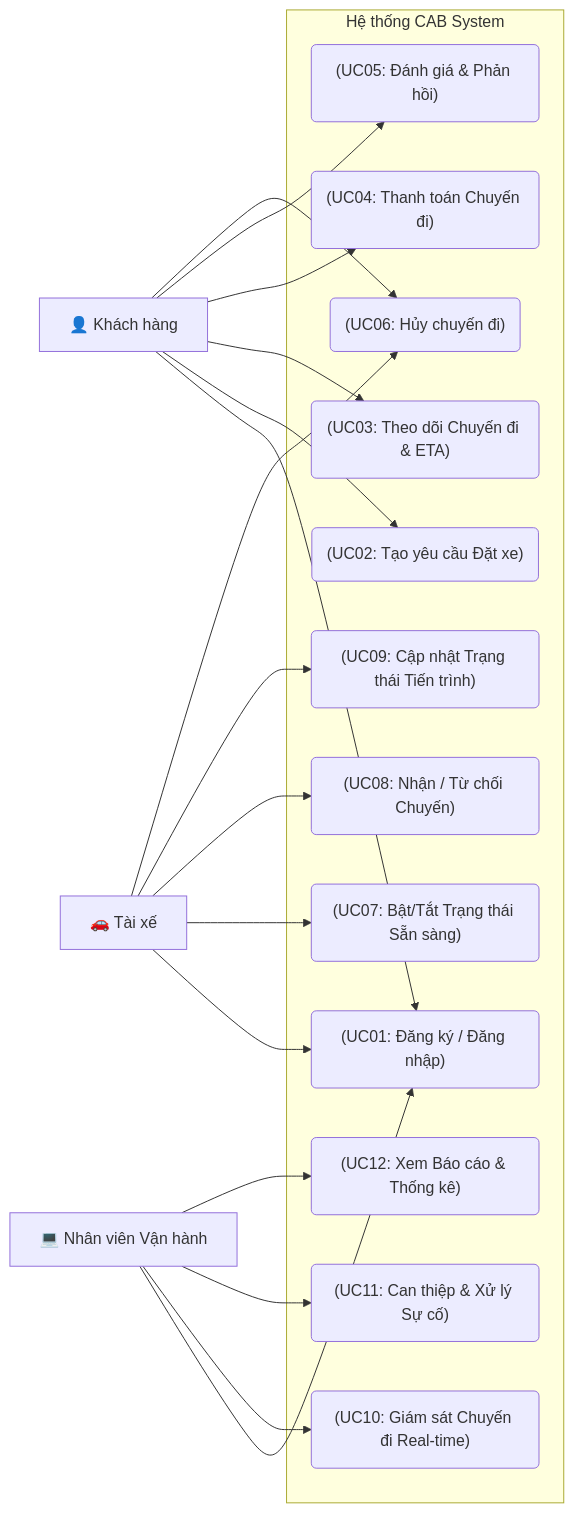
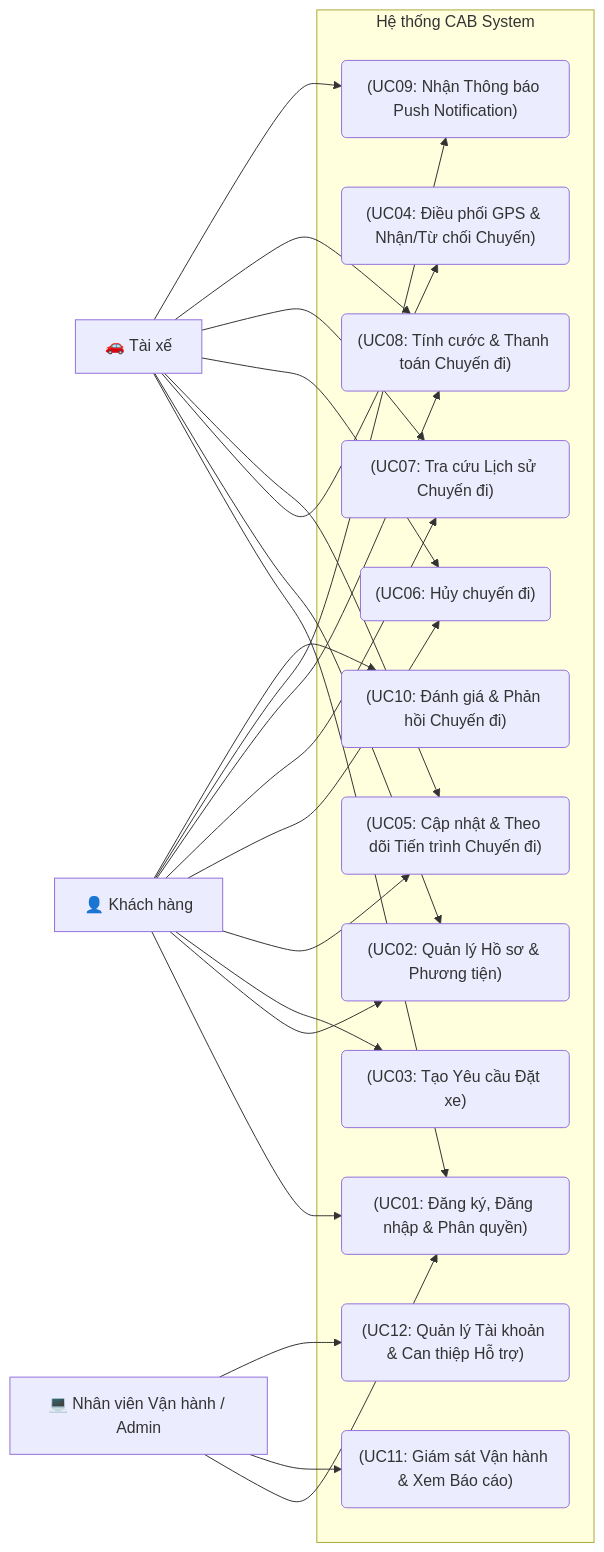
One commit to DuynDangHocBai/23720691_NguyenThiMyDUyen_CABSYSTEM changed the ninth of 9 diagrams in srs.md. Above: the diagram before and after it, drawn with Mermaid. The commit also changed other lines of this file, not shown here.

````diff
--- a/srs.md
+++ b/srs.md
@@ -406,48 +406,59 @@
 ```mermaid
 graph LR
-    %% Khai báo Actors
+    %% Actors
     KH["👤 Khách hàng"]
     TX["🚗 Tài xế"]
-    NVVH["💻 Nhân viên Vận hành"]
+    NVVH["💻 Nhân viên Vận hành / Admin"]
 
     subgraph CAB_System [Hệ thống CAB System]
-        %% Khách hàng Use Cases
-        UC01("(UC01: Đăng ký / Đăng nhập)")
-        UC02("(UC02: Tạo yêu cầu Đặt xe)")
-        UC03("(UC03: Theo dõi Chuyến đi & ETA)")
-        UC04("(UC04: Thanh toán Chuyến đi)")
-        UC05("(UC05: Đánh giá & Phản hồi)")
+        %% MOD01: Account & Auth
+        UC01("(UC01: Đăng ký, Đăng nhập & Phân quyền)")
+        UC02("(UC02: Quản lý Hồ sơ & Phương tiện)")
+
+        %% MOD02: Booking & Matching
+        UC03("(UC03: Tạo Yêu cầu Đặt xe)")
+        UC04("(UC04: Điều phối GPS & Nhận/Từ chối Chuyến)")
+
+        %% MOD03: Trip Management
+        UC05("(UC05: Cập nhật & Theo dõi Tiến trình Chuyến đi)")
         UC06("(UC06: Hủy chuyến đi)")
+        UC07("(UC07: Tra cứu Lịch sử Chuyến đi)")
 
-        %% Tài xế Use Cases
-        UC07("(UC07: Bật/Tắt Trạng thái Sẵn sàng)")
-        UC08("(UC08: Nhận / Từ chối Chuyến)")
-        UC09("(UC09: Cập nhật Trạng thái Tiến trình)")
-        
-        %% Admin / Operator Use Cases
-        UC10("(UC10: Giám sát Chuyến đi Real-time)")
-        UC11("(UC11: Can thiệp & Xử lý Sự cố)")
-        UC12("(UC12: Xem Báo cáo & Thống kê)")
+        %% MOD04: Pricing & Payment
+        UC08("(UC08: Tính cước & Thanh toán Chuyến đi)")
+
+        %% MOD05: Notification & Rating
+        UC09("(UC09: Nhận Thông báo Push Notification)")
+        UC10("(UC10: Đánh giá & Phản hồi Chuyến đi)")
+
+        %% MOD06: Admin & Operations
+        UC11("(UC11: Giám sát Vận hành & Xem Báo cáo)")
+        UC12("(UC12: Quản lý Tài khoản & Can thiệp Hỗ trợ)")
     end
 
     %% Mối quan hệ Khách hàng
     KH --> UC01
     KH --> UC02
     KH --> UC03
-    KH --> UC04
     KH --> UC05
     KH --> UC06
+    KH --> UC07
+    KH --> UC08
+    KH --> UC09
+    KH --> UC10
 
     %% Mối quan hệ Tài xế
     TX --> UC01
+    TX --> UC02
+    TX --> UC04
+    TX --> UC05
+    TX --> UC06
     TX --> UC07
     TX --> UC08
     TX --> UC09
-    TX --> UC06
 
-    %% Mối quan hệ NVVH
+    %% Mối quan hệ NVVH / Admin
     NVVH --> UC01
-    NVVH --> UC10
     NVVH --> UC11
     NVVH --> UC12
 ```
````
